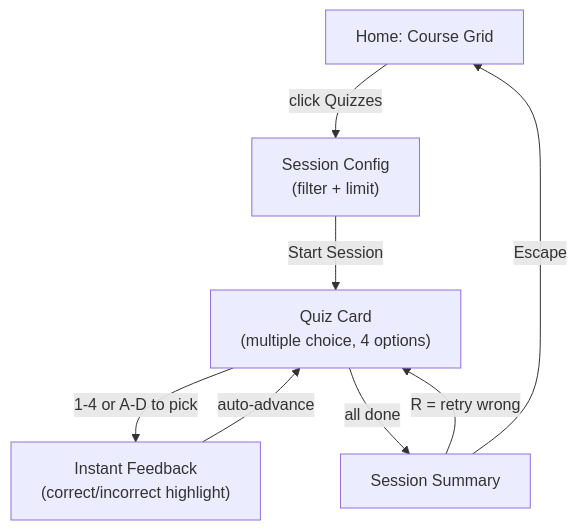
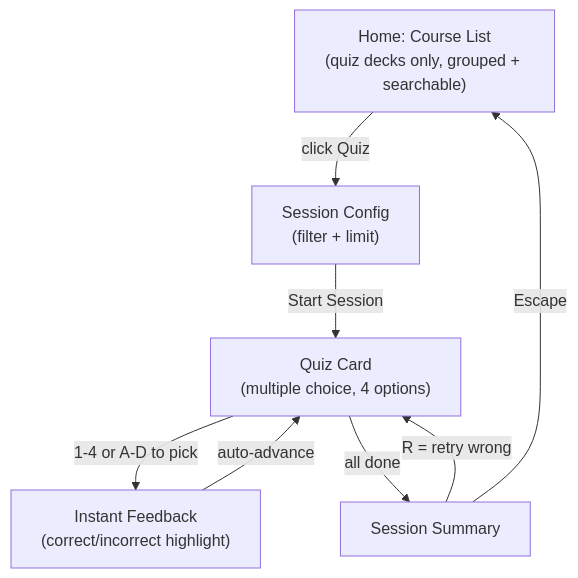
The second of 7 diagrams in docs/web-ui-guide.md (NetDevAutomate/StudyLoop), drawn with Mermaid before and after one commit. The commit also changed other lines of this file and 3 other files, not shown here.

First line of the commit message:
docs: reflect course-list rework, Settings providers panel, and gen fixes

````diff
--- a/docs/web-ui-guide.md
+++ b/docs/web-ui-guide.md
@@ -76,16 +102,16 @@
 ```mermaid
 graph TB
-    HOME["Home: Course Grid"]
+    HOME["Home: Course List<br/>(quiz decks only, grouped + searchable)"]
     CONFIG["Session Config<br/>(filter + limit)"]
     QUIZ["Quiz Card<br/>(multiple choice, 4 options)"]
     RESULT["Instant Feedback<br/>(correct/incorrect highlight)"]
     SUMMARY["Session Summary"]
 
-    HOME -->|"click Quizzes"| CONFIG
+    HOME -->|"click Quiz"| CONFIG
     CONFIG -->|"Start Session"| QUIZ
     QUIZ -->|"1-4 or A-D to pick"| RESULT
     RESULT -->|"auto-advance"| QUIZ
     QUIZ -->|"all done"| SUMMARY
     SUMMARY -->|"R = retry wrong"| QUIZ
     SUMMARY -->|"Escape"| HOME
 ```
````
